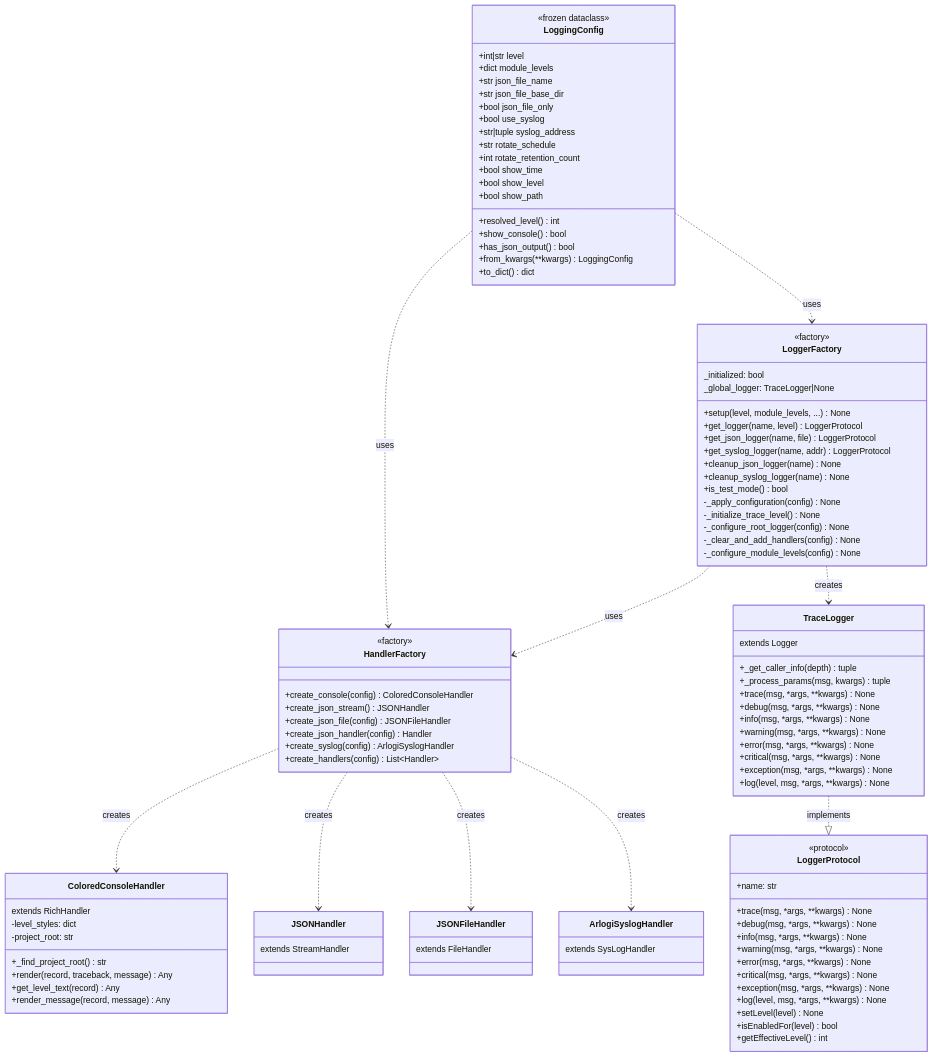
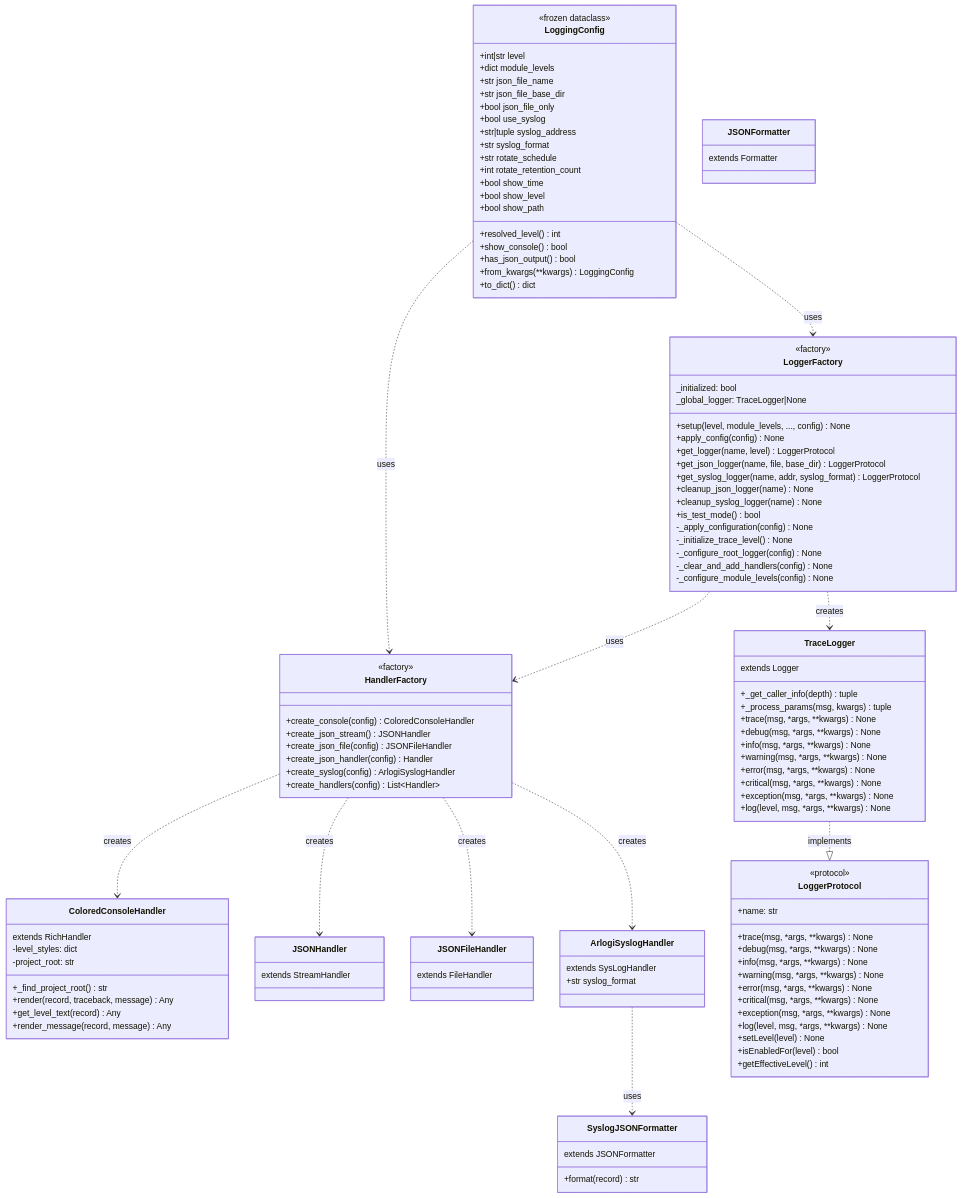
One commit to antragh/arlogi changed the fifth of 8 diagrams in docs/ARCHITECTURE.md. Above: the diagram before and after it, drawn with Mermaid. The commit also changed other lines of this file and 144 other files, not shown here.

First line of the commit message:
feat: add syslog JSON format, harden logging/OTel lifecycle, and sync docs

````diff
--- a/docs/ARCHITECTURE.md
+++ b/docs/ARCHITECTURE.md
@@ -174,6 +174,7 @@
         +bool json_file_only
         +bool use_syslog
         +str|tuple syslog_address
+        +str syslog_format
         +str rotate_schedule
         +int rotate_retention_count
         +bool show_time
@@ -200,10 +201,11 @@
         <<factory>>
         _initialized: bool
         _global_logger: TraceLogger|None
-        +setup(level, module_levels, ...) None
+        +setup(level, module_levels, ..., config) None
+        +apply_config(config) None
         +get_logger(name, level) LoggerProtocol
-        +get_json_logger(name, file) LoggerProtocol
-        +get_syslog_logger(name, addr) LoggerProtocol
+        +get_json_logger(name, file, base_dir) LoggerProtocol
+        +get_syslog_logger(name, addr, syslog_format) LoggerProtocol
         +cleanup_json_logger(name) None
         +cleanup_syslog_logger(name) None
         +is_test_mode() bool
@@ -262,8 +264,18 @@
         extends FileHandler
     }
 
+    class JSONFormatter {
+        extends Formatter
+    }
+
+    class SyslogJSONFormatter {
+        extends JSONFormatter
+        +format(record) str
+    }
+
     class ArlogiSyslogHandler {
         extends SysLogHandler
+        +str syslog_format
     }
 
     LoggingConfig ..> HandlerFactory : uses
@@ -275,4 +287,5 @@
     HandlerFactory ..> JSONHandler : creates
     HandlerFactory ..> JSONFileHandler : creates
     HandlerFactory ..> ArlogiSyslogHandler : creates
+    ArlogiSyslogHandler ..> SyslogJSONFormatter : uses
 ```
````
